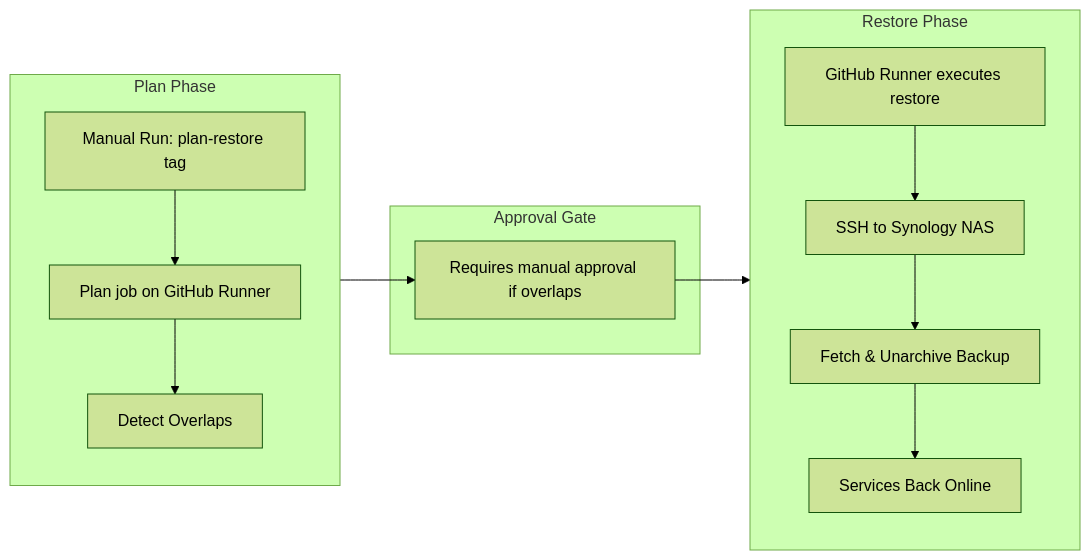
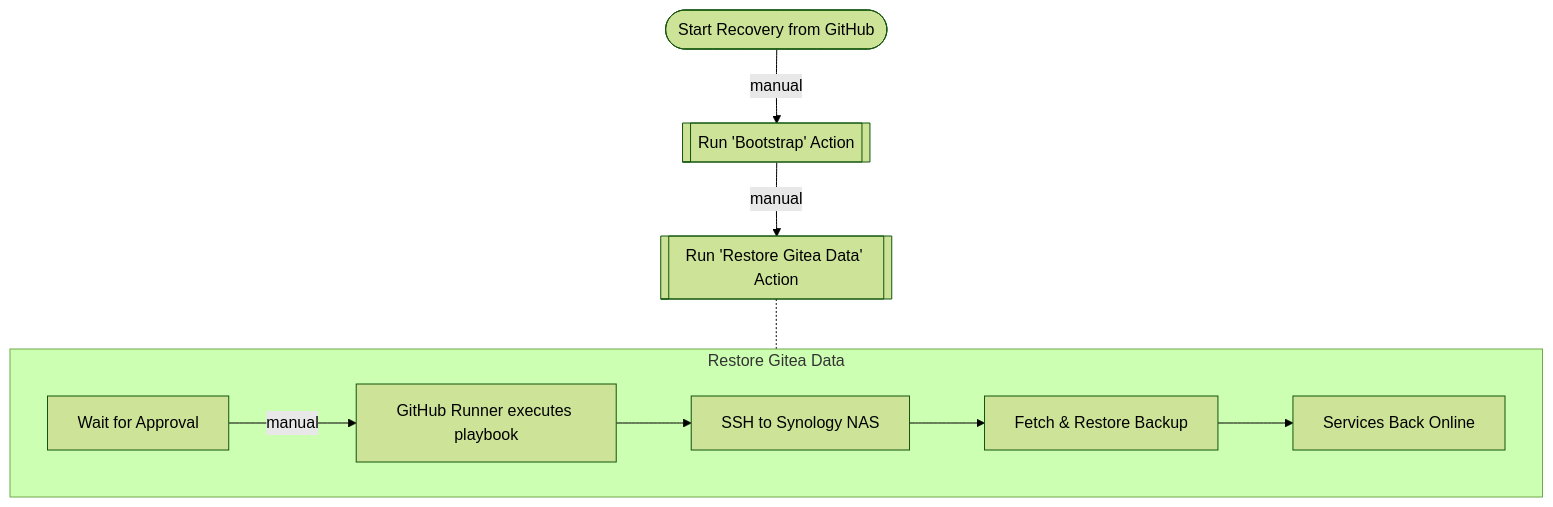
Before and after one commit to jaxzin/jaxzin-infra-bootstrap: the second of 2 diagrams in README.md, drawn with Mermaid (forest theme). The commit also changed other lines of this file and 8 other files, not shown here.

Commit message:
Improve the restore process. Make the deploy and backup process more robust.

````diff
--- a/README.md
+++ b/README.md
@@ -74,20 +77,15 @@
 ```mermaid
-flowchart LR
-    subgraph GitHub_DR["Plan Phase"]
-        direction TB
-        X[Manual Run: plan-restore tag] --> Y[Plan job on GitHub Runner]
-        Y --> Z[Detect Overlaps]
-    end
-    subgraph Approval["Approval Gate"]
-        A[Requires manual approval if overlaps]
-    end
-    GitHub_DR --> A
-    subgraph Restore["Restore Phase"]
-        direction TB
-        R[GitHub Runner executes restore]
+flowchart TB
+    Start([Start Recovery from GitHub])
+    Start -->|manual| Action_B[[Run 'Bootstrap' Action]]
+    Action_B -->|manual| Action_R[[Run 'Restore Gitea Data' Action]]
+    subgraph Restore[Restore Gitea Data]
+        direction LR
+        Approval[Wait for Approval]
+        Approval -->|manual| R[GitHub Runner executes playbook]
         R --> M[SSH to Synology NAS]
-        M --> N[Fetch & Unarchive Backup]
+        M --> N[Fetch & Restore Backup]
         N --> P[Services Back Online]
     end
-    A --> Restore
+    Action_R -.- Restore
 ```
````
